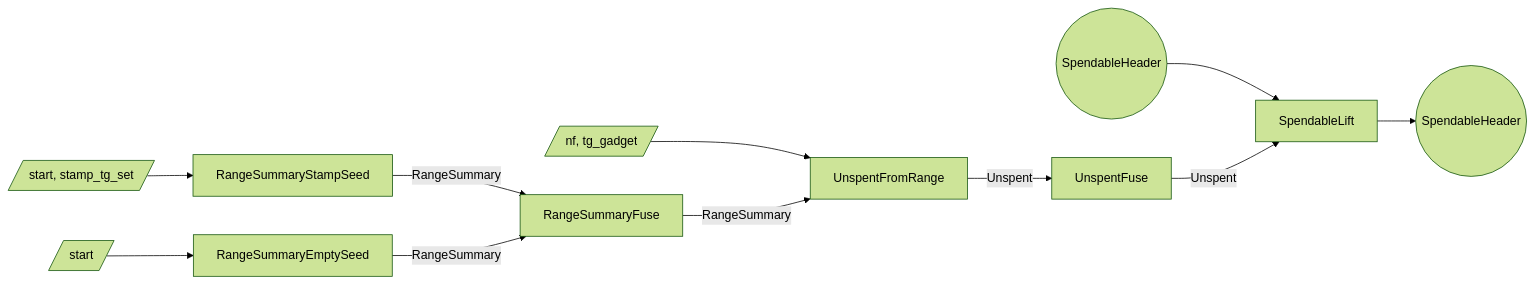
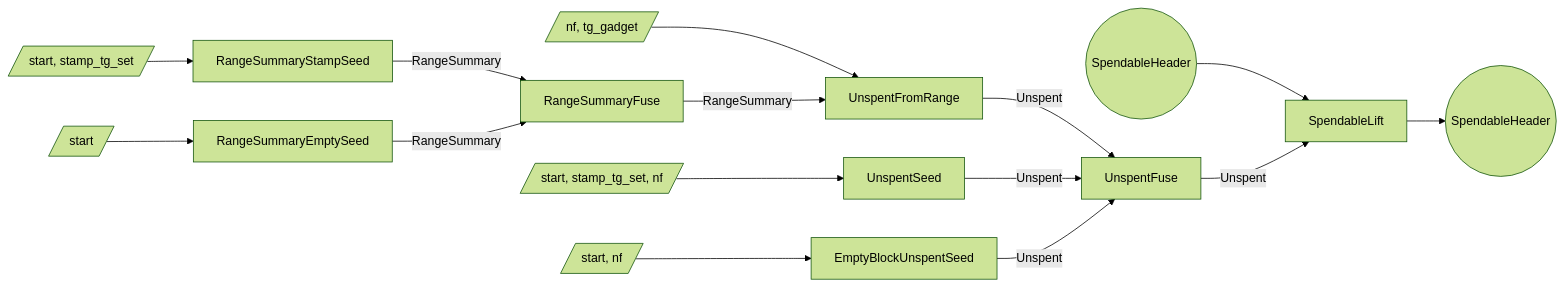
Before and after one commit to tachyon-zcash/tachyon: the fourth of 5 diagrams in book/src/proof-tree.md, drawn with Mermaid (forest theme). The commit also changed other lines of this file and 4 other files, not shown here.

````diff
--- a/book/src/proof-tree.md
+++ b/book/src/proof-tree.md
@@ -293,25 +295,33 @@
 ```mermaid
 flowchart LR
   sp_in((SpendableHeader))
   w_seed[/start, stamp_tg_set/]
   s_rseed[RangeSummaryStampSeed]
   w_empty[/start/]
   s_rempty[RangeSummaryEmptySeed]
   s_rfuse[RangeSummaryFuse]
   w_unspent[/nf, tg_gadget/]
   s_unspent[UnspentFromRange]
+  w_useed[/start, stamp_tg_set, nf/]
+  s_useed[UnspentSeed]
+  w_uempty[/start, nf/]
+  s_uempty[EmptyBlockUnspentSeed]
   s_ufuse[UnspentFuse]
   s_lift[SpendableLift]
   sp_out((SpendableHeader))
 
   w_seed --> s_rseed
   w_empty --> s_rempty
   s_rseed -->|RangeSummary| s_rfuse
   s_rempty -->|RangeSummary| s_rfuse
   w_unspent --> s_unspent
   s_rfuse -->|RangeSummary| s_unspent
   s_unspent -->|Unspent| s_ufuse
+  w_useed --> s_useed
+  w_uempty --> s_uempty
+  s_useed -->|Unspent| s_ufuse
+  s_uempty -->|Unspent| s_ufuse
   sp_in --> s_lift
   s_ufuse -->|Unspent| s_lift
   s_lift --> sp_out
 ```
````
